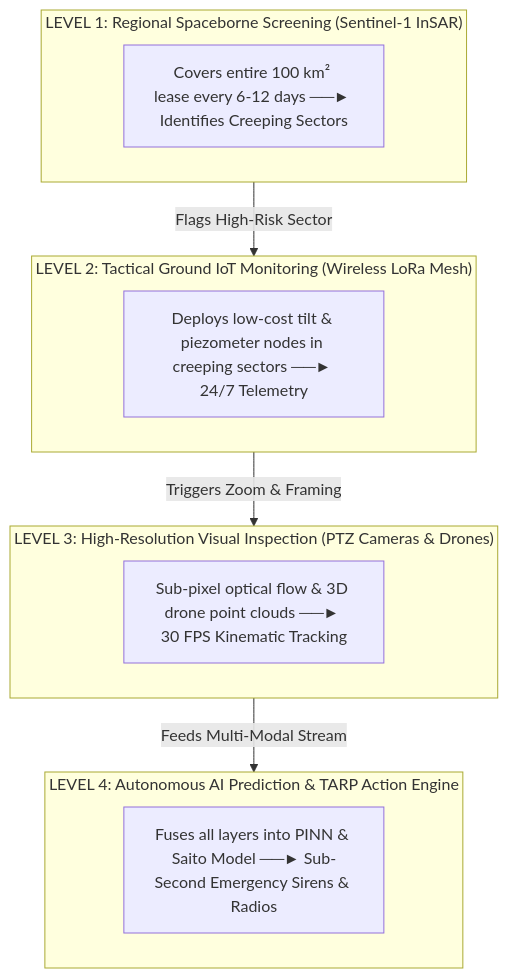
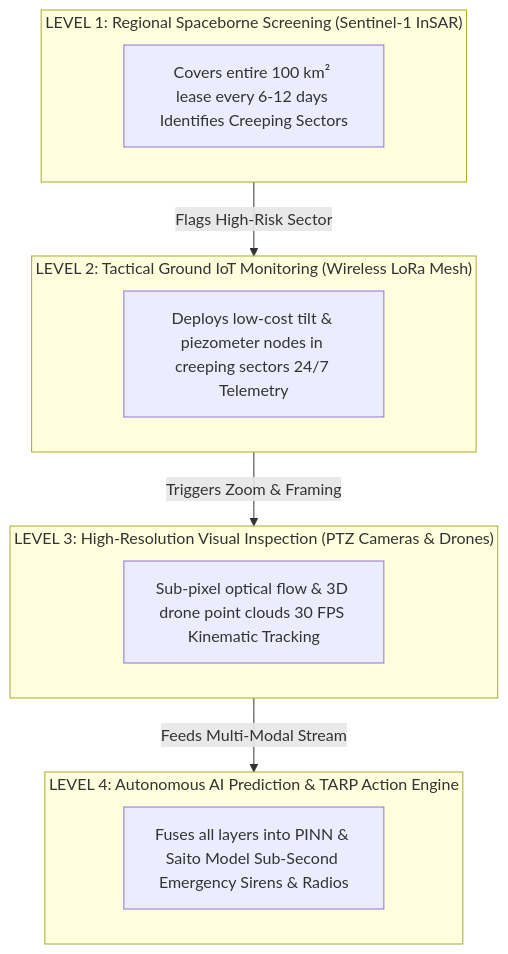
Diagram 14 of 16 in docs/03_Satellite_InSAR_DInSAR_PSInSAR_SBAS.md (angelverman2021-a11y/Report), drawn with Mermaid before and after one commit. The commit also changed other lines of this file and 32 other files, not shown here.

````diff
--- a/docs/03_Satellite_InSAR_DInSAR_PSInSAR_SBAS.md
+++ b/docs/03_Satellite_InSAR_DInSAR_PSInSAR_SBAS.md
@@ -625,22 +625,22 @@
 ```mermaid
 flowchart TD
-    subgraph LEVEL_1["LEVEL 1: Regional Spaceborne Screening (Sentinel-1 InSAR)"]
-        L1[Covers entire 100 km² lease every 6-12 days ──► Identifies Creeping Sectors]
-    end
+ subgraph LEVEL_1["LEVEL 1: Regional Spaceborne Screening (Sentinel-1 InSAR)"]
+ L1[Covers entire 100 km² lease every 6-12 days Identifies Creeping Sectors]
+ end
 
-    subgraph LEVEL_2["LEVEL 2: Tactical Ground IoT Monitoring (Wireless LoRa Mesh)"]
-        L2[Deploys low-cost tilt & piezometer nodes in creeping sectors ──► 24/7 Telemetry]
-    end
+ subgraph LEVEL_2["LEVEL 2: Tactical Ground IoT Monitoring (Wireless LoRa Mesh)"]
+ L2[Deploys low-cost tilt & piezometer nodes in creeping sectors 24/7 Telemetry]
+ end
 
-    subgraph LEVEL_3["LEVEL 3: High-Resolution Visual Inspection (PTZ Cameras & Drones)"]
-        L3[Sub-pixel optical flow & 3D drone point clouds ──► 30 FPS Kinematic Tracking]
-    end
+ subgraph LEVEL_3["LEVEL 3: High-Resolution Visual Inspection (PTZ Cameras & Drones)"]
+ L3[Sub-pixel optical flow & 3D drone point clouds 30 FPS Kinematic Tracking]
+ end
 
-    subgraph LEVEL_4["LEVEL 4: Autonomous AI Prediction & TARP Action Engine"]
-        L4[Fuses all layers into PINN & Saito Model ──► Sub-Second Emergency Sirens & Radios]
-    end
+ subgraph LEVEL_4["LEVEL 4: Autonomous AI Prediction & TARP Action Engine"]
+ L4[Fuses all layers into PINN & Saito Model Sub-Second Emergency Sirens & Radios]
+ end
 
-    LEVEL_1 -->|Flags High-Risk Sector| LEVEL_2
-    LEVEL_2 -->|Triggers Zoom & Framing| LEVEL_3
-    LEVEL_3 -->|Feeds Multi-Modal Stream| LEVEL_4
+ LEVEL_1 -->|Flags High-Risk Sector| LEVEL_2
+ LEVEL_2 -->|Triggers Zoom & Framing| LEVEL_3
+ LEVEL_3 -->|Feeds Multi-Modal Stream| LEVEL_4
 ```
````
